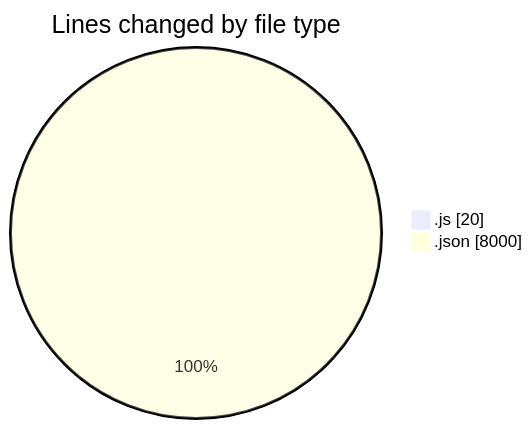
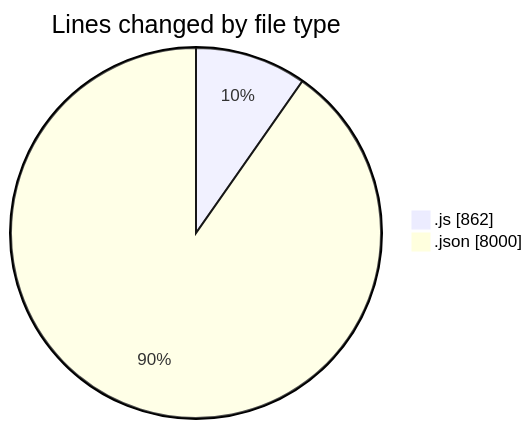
One commit to momahboobian/code-tracking changed the first of 2 diagrams in 2025-01-11/good-pr/README.md. Above: the diagram before and after it, drawn with Mermaid. The commit also changed other lines of this file and 1 other file, not shown here.

````diff
--- a/2025-01-11/good-pr/README.md
+++ b/2025-01-11/good-pr/README.md
@@ -24,6 +28,6 @@
 ```mermaid
 pie showData
 title Lines changed by file type
-".js" : 20
+".js" : 862
 ".json" : 8000
 ```
````
